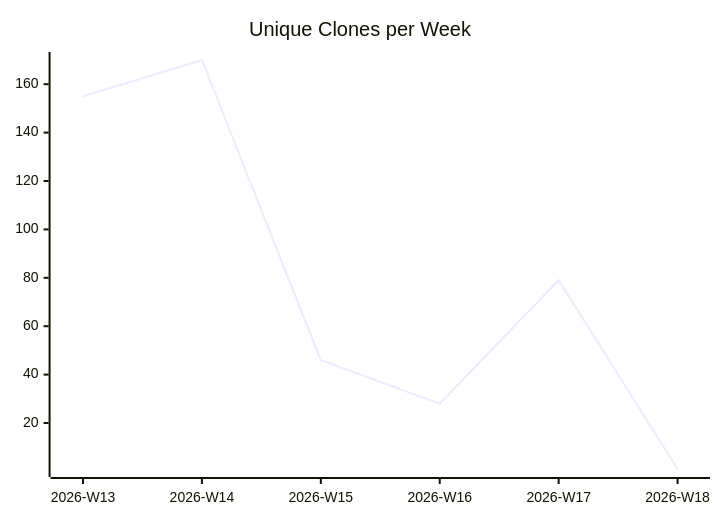
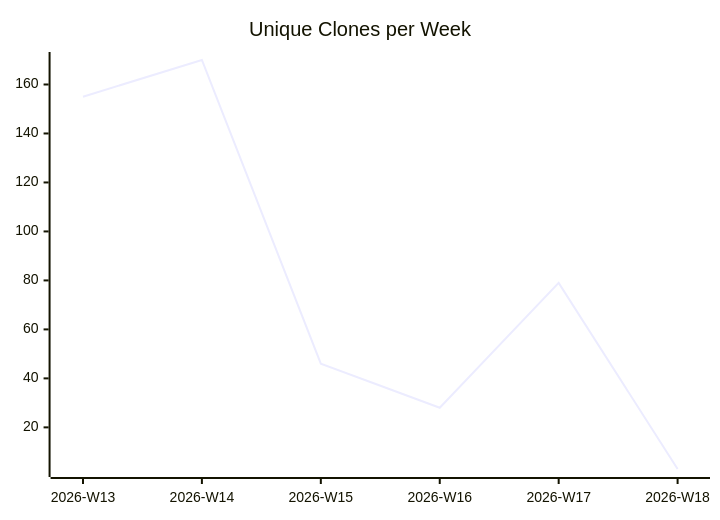
Before and after one commit to justdavis-family/github-analytics-data: the third of 3 diagrams in karlmdavis/justdavis-finances/README.md, drawn with Mermaid. The commit also changed other lines of this file and 185 other files, not shown here.

````diff
--- a/karlmdavis/justdavis-finances/README.md
+++ b/karlmdavis/justdavis-finances/README.md
@@ -19,6 +19,6 @@
 ```mermaid
 xychart-beta
   title "Unique Clones per Week"
   x-axis ["2026-W13", "2026-W14", "2026-W15", "2026-W16", "2026-W17", "2026-W18"]
-  line [155, 170, 46, 28, 79, 1]
+  line [155, 170, 46, 28, 79, 3]
 ```
````
